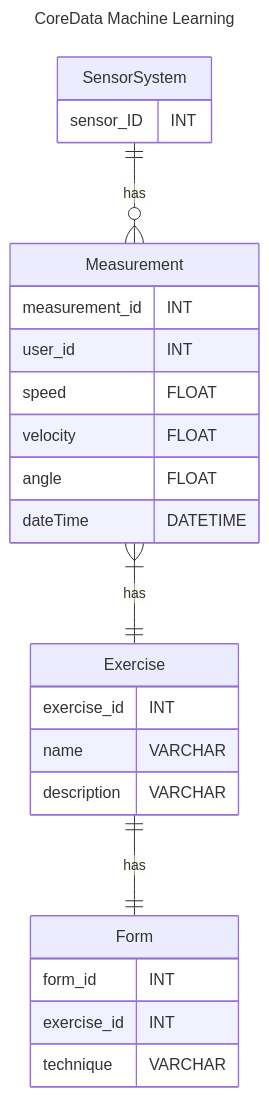
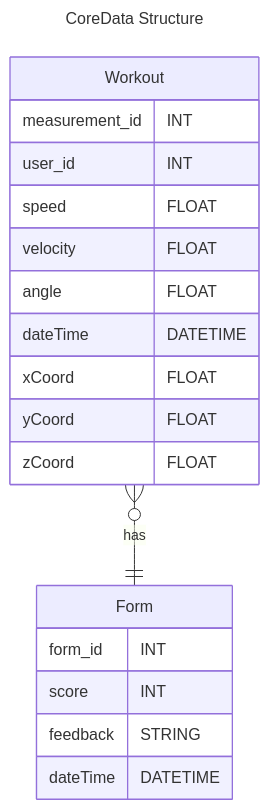
One commit to Capstone-Projects-2024-Spring/project-smartweights changed the fourth of 4 diagrams in documentation/docs/system-architecture/database-diagrams.md. Above: the diagram before and after it, drawn with Mermaid. The commit also changed other lines of this file, not shown here.

Commit message:
Update database-diagrams.md
Updated CoreData diagram and reworded the explanations.

````diff
--- a/documentation/docs/system-architecture/database-diagrams.md
+++ b/documentation/docs/system-architecture/database-diagrams.md
@@ -174,33 +176,29 @@
 ```mermaid
 ---
-title: CoreData Machine Learning 
+title: CoreData Structure
 ---
 
 erDiagram
-    SensorSystem{
-        sensor_ID INT
-    }
-    Measurement {
+    Workout {
         measurement_id INT
         user_id INT
         speed FLOAT
         velocity FLOAT
         angle FLOAT
         dateTime DATETIME
-    }
-    Exercise {
-        exercise_id INT
-        name VARCHAR
-        description VARCHAR
+        xCoord FLOAT
+        yCoord FLOAT
+        zCoord FLOAT
     }
     Form {
         form_id INT
-        exercise_id INT
-        technique VARCHAR
+        score INT
+        feedback STRING
+        dateTime DATETIME
     }
     
-    SensorSystem ||--o{ Measurement: has
-    Measurement }|--|| Exercise : has
-    Exercise ||--|| Form : has
+    Workout }o--|| Form : has
+
+
 
 ```
````
